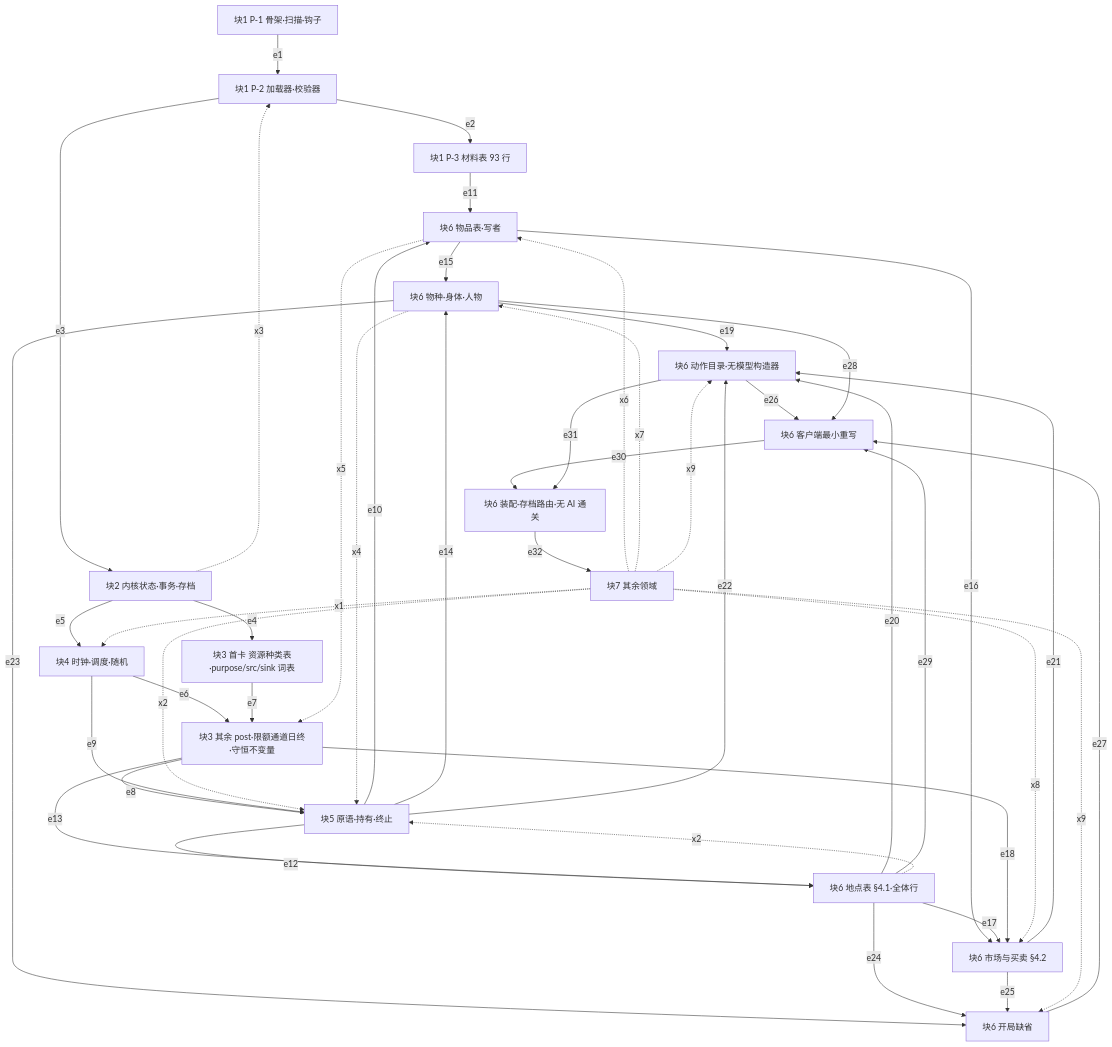
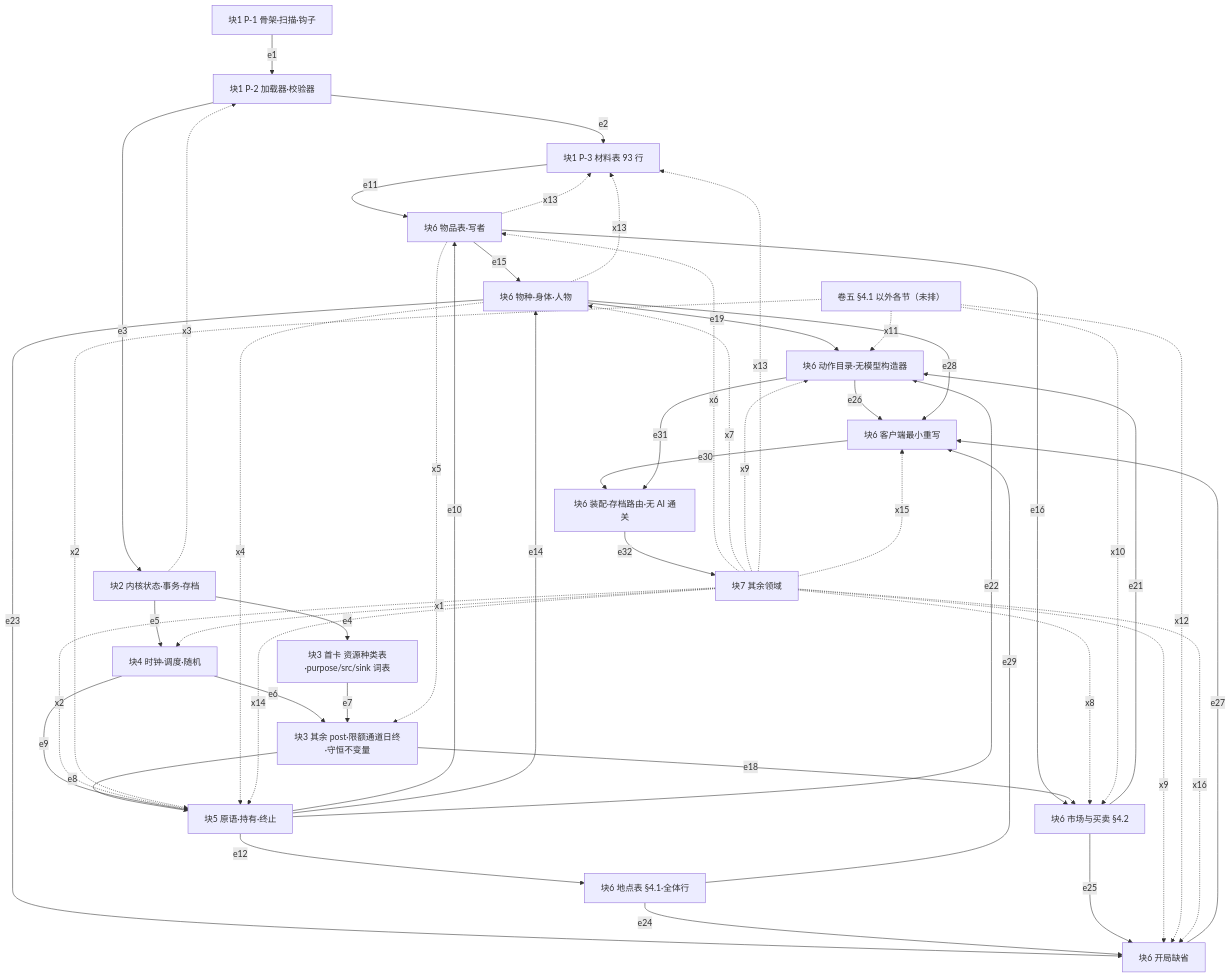
One commit to Liangzhen-Chen/infinite-world changed the diagram in docs/新底子方案-v0.md. Above: the diagram before and after it, drawn with Mermaid. The commit also changed other lines of this file, not shown here.

````diff
--- a/docs/新底子方案-v0.md
+++ b/docs/新底子方案-v0.md
@@ -157,46 +159,53 @@
 ```mermaid
 graph TD
   P1["块1 P-1 骨架·扫描·钩子"] -->|e1| P2["块1 P-2 加载器·校验器"]
   P2 -->|e2| P3["块1 P-3 材料表 93 行"]
   P2 -->|e3| B2["块2 内核状态·事务·存档"]
   B2 -->|e4| B3a["块3 首卡 资源种类表·purpose/src/sink 词表"]
   B2 -->|e5| B4["块4 时钟·调度·随机"]
   B4 -->|e6| B3b["块3 其余 post·限额通道日终·守恒不变量"]
   B3a -->|e7| B3b
   B3b -->|e8| B5["块5 原语·持有·终止"]
   B4 -->|e9| B5
   B5 -->|e10| B6i["块6 物品表·写者"]
   P3 -->|e11| B6i
   B5 -->|e12| B6p["块6 地点表 §4.1·全体行"]
-  B3b -->|e13| B6p
   B5 -->|e14| B6b["块6 物种·身体·人物"]
   B6i -->|e15| B6b
   B6i -->|e16| B6m["块6 市场与买卖 §4.2"]
-  B6p -->|e17| B6m
   B3b -->|e18| B6m
   B6b -->|e19| B6a["块6 动作目录·无模型构造器"]
-  B6p -->|e20| B6a
   B6m -->|e21| B6a
   B5 -->|e22| B6a
   B6b -->|e23| B6g["块6 开局缺省"]
   B6p -->|e24| B6g
   B6m -->|e25| B6g
   B6a -->|e26| B6c["块6 客户端最小重写"]
   B6g -->|e27| B6c
   B6b -->|e28| B6c
   B6p -->|e29| B6c
   B6c -->|e30| B6z["块6 装配·存档路由·无 AI 通关"]
   B6a -->|e31| B6z
   B6z -->|e32| W["块7 其余领域"]
+  V5["卷五 §4.1 以外各节（未排）"]
   W -.->|x1| B4
   W -.->|x2| B5
-  B6p -.->|x2| B5
+  V5 -.->|x2| B5
   B2 -.->|x3| P2
   B6b -.->|x4| B5
   B6i -.->|x5| B3b
   W -.->|x6| B6i
   W -.->|x7| B6b
   W -.->|x8| B6m
   W -.->|x9| B6a
   W -.->|x9| B6g
+  V5 -.->|x10| B6m
+  V5 -.->|x11| B6a
+  V5 -.->|x12| B6g
+  W -.->|x13| P3
+  B6b -.->|x13| P3
+  B6i -.->|x13| P3
+  W -.->|x14| B5
+  W -.->|x15| B6c
+  W -.->|x16| B6g
 ```
````
